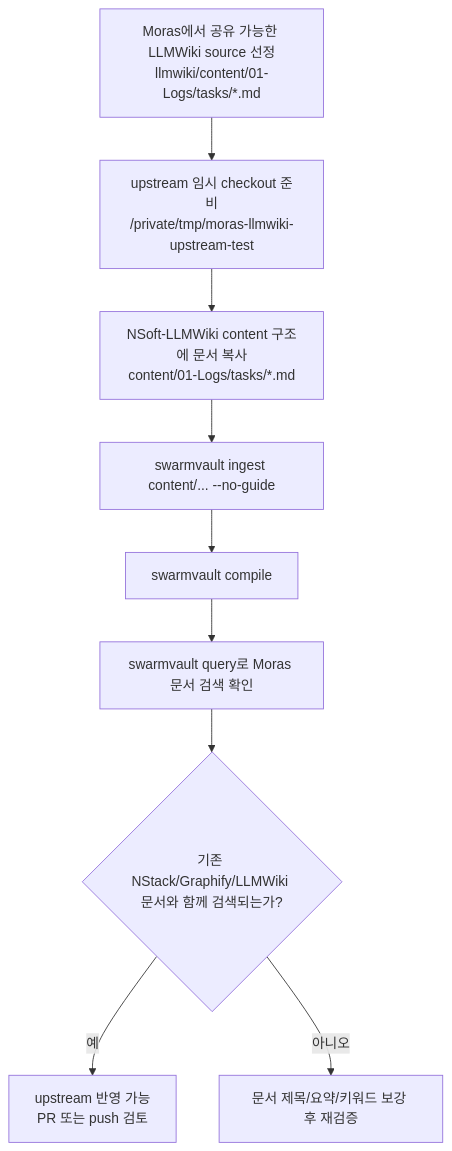
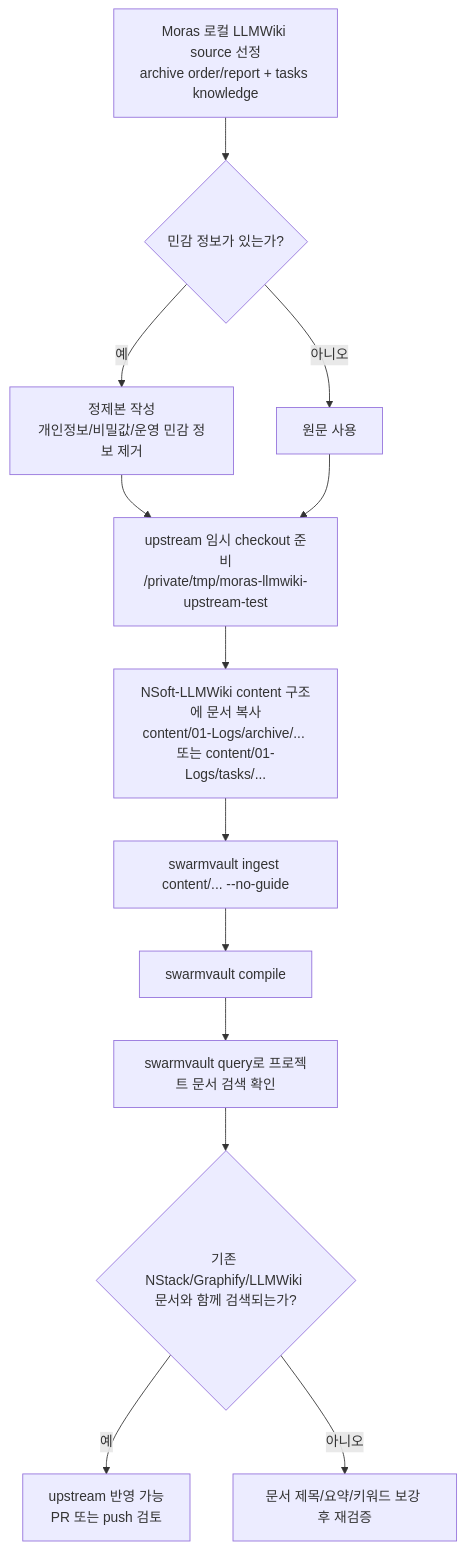
One commit to ch0992/Moras changed the fourth of 4 diagrams in docs/llmwiki-document-flow.md. Above: the diagram before and after it, drawn with Mermaid. The commit also changed other lines of this file and 3 other files, not shown here.

Commit message:
docs: align LLMWiki flow with unified knowledge model

````diff
--- a/docs/llmwiki-document-flow.md
+++ b/docs/llmwiki-document-flow.md
@@ -141,11 +157,15 @@
 ```mermaid
 flowchart TD
-  A["Moras에서 공유 가능한 LLMWiki source 선정<br/>llmwiki/content/01-Logs/tasks/*.md"] --> B["upstream 임시 checkout 준비<br/>/private/tmp/moras-llmwiki-upstream-test"]
-  B --> C["NSoft-LLMWiki content 구조에 문서 복사<br/>content/01-Logs/tasks/*.md"]
-  C --> D["swarmvault ingest content/... --no-guide"]
-  D --> E["swarmvault compile"]
-  E --> F["swarmvault query로 Moras 문서 검색 확인"]
-  F --> G{"기존 NStack/Graphify/LLMWiki 문서와 함께 검색되는가?"}
-  G -- "예" --> H["upstream 반영 가능<br/>PR 또는 push 검토"]
-  G -- "아니오" --> I["문서 제목/요약/키워드 보강 후 재검증"]
+  A["Moras 로컬 LLMWiki source 선정<br/>archive order/report + tasks knowledge"] --> B{"민감 정보가 있는가?"}
+  B -- "예" --> C["정제본 작성<br/>개인정보/비밀값/운영 민감 정보 제거"]
+  B -- "아니오" --> D["원문 사용"]
+  C --> E["upstream 임시 checkout 준비<br/>/private/tmp/moras-llmwiki-upstream-test"]
+  D --> E
+  E --> F["NSoft-LLMWiki content 구조에 문서 복사<br/>content/01-Logs/archive/... 또는 content/01-Logs/tasks/..."]
+  F --> G["swarmvault ingest content/... --no-guide"]
+  G --> H["swarmvault compile"]
+  H --> I["swarmvault query로 프로젝트 문서 검색 확인"]
+  I --> J{"기존 NStack/Graphify/LLMWiki 문서와 함께 검색되는가?"}
+  J -- "예" --> K["upstream 반영 가능<br/>PR 또는 push 검토"]
+  J -- "아니오" --> L["문서 제목/요약/키워드 보강 후 재검증"]
 ```
````
